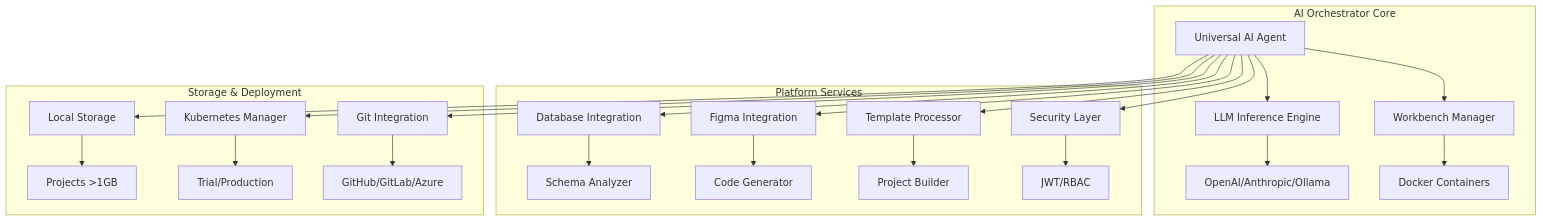
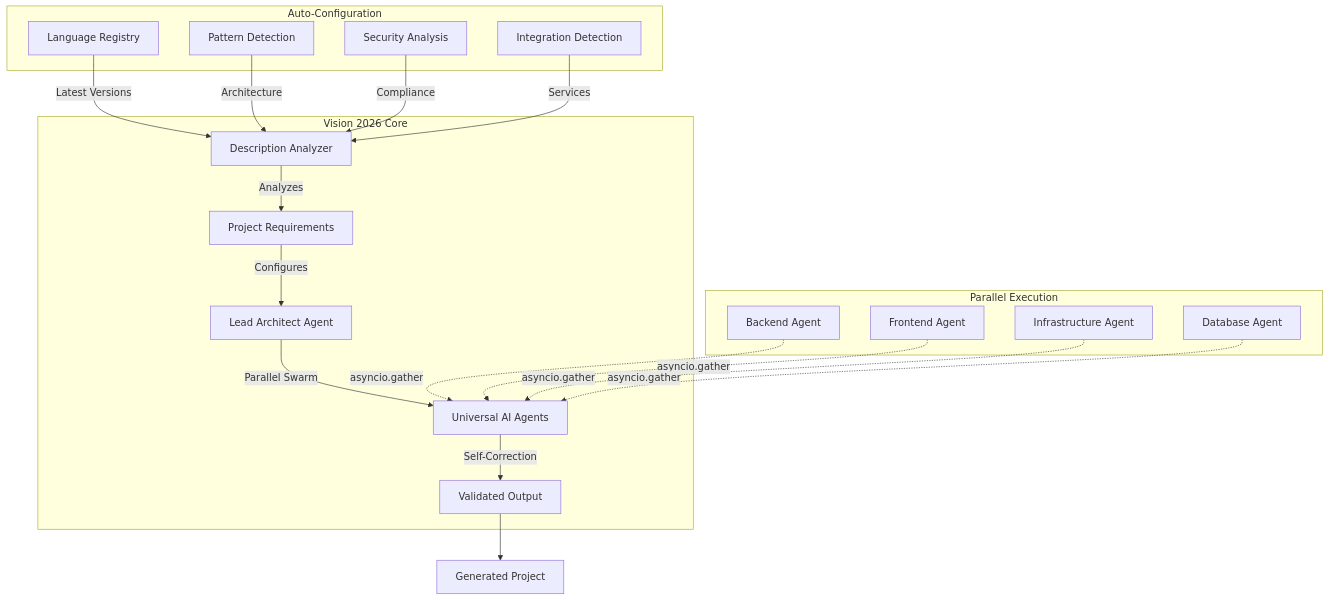
One commit to MahmoudCalipso/ai-orchestrator changed the diagram in README.md. Above: the diagram before and after it, drawn with Mermaid. The commit also changed other lines of this file and 10 other files, not shown here.

````diff
--- a/README.md
+++ b/README.md
@@ -148,30 +342,25 @@
 ```mermaid
 graph TB
-    subgraph "AI Orchestrator Core"
-        A[Universal AI Agent] --> B[LLM Inference Engine]
-        B --> C[OpenAI/Anthropic/Ollama]
-        A --> D[Workbench Manager]
-        D --> E[Docker Containers]
+    subgraph "Vision 2026 Core"
+        A[Description Analyzer] -->|Analyzes| B[Project Requirements]
+        B -->|Configures| C[Lead Architect Agent]
+        C -->|Parallel Swarm| D[Universal AI Agents]
+        D -->|Self-Correction| E[Validated Output]
     end
     
-    subgraph "Platform Services"
-        F[Database Integration] --> G[Schema Analyzer]
-        H[Figma Integration] --> I[Code Generator]
-        J[Template Processor] --> K[Project Builder]
-        L[Security Layer] --> M[JWT/RBAC]
+    subgraph "Parallel Execution"
+        D1[Backend Agent] -.->|asyncio.gather| D
+        D2[Frontend Agent] -.->|asyncio.gather| D
+        D3[Infrastructure Agent] -.->|asyncio.gather| D
+        D4[Database Agent] -.->|asyncio.gather| D
     end
     
-    subgraph "Storage & Deployment"
-        N[Local Storage] --> O[Projects >1GB]
-        P[Kubernetes Manager] --> Q[Trial/Production]
-        R[Git Integration] --> S[GitHub/GitLab/Azure]
+    subgraph "Auto-Configuration"
+        F[Language Registry] -->|Latest Versions| A
+        G[Pattern Detection] -->|Architecture| A
+        H[Security Analysis] -->|Compliance| A
+        I[Integration Detection] -->|Services| A
     end
     
-    A --> F
-    A --> H
-    A --> J
-    A --> L
-    A --> N
-    A --> P
-    A --> R
+    E --> J[Generated Project]
 ```
````
